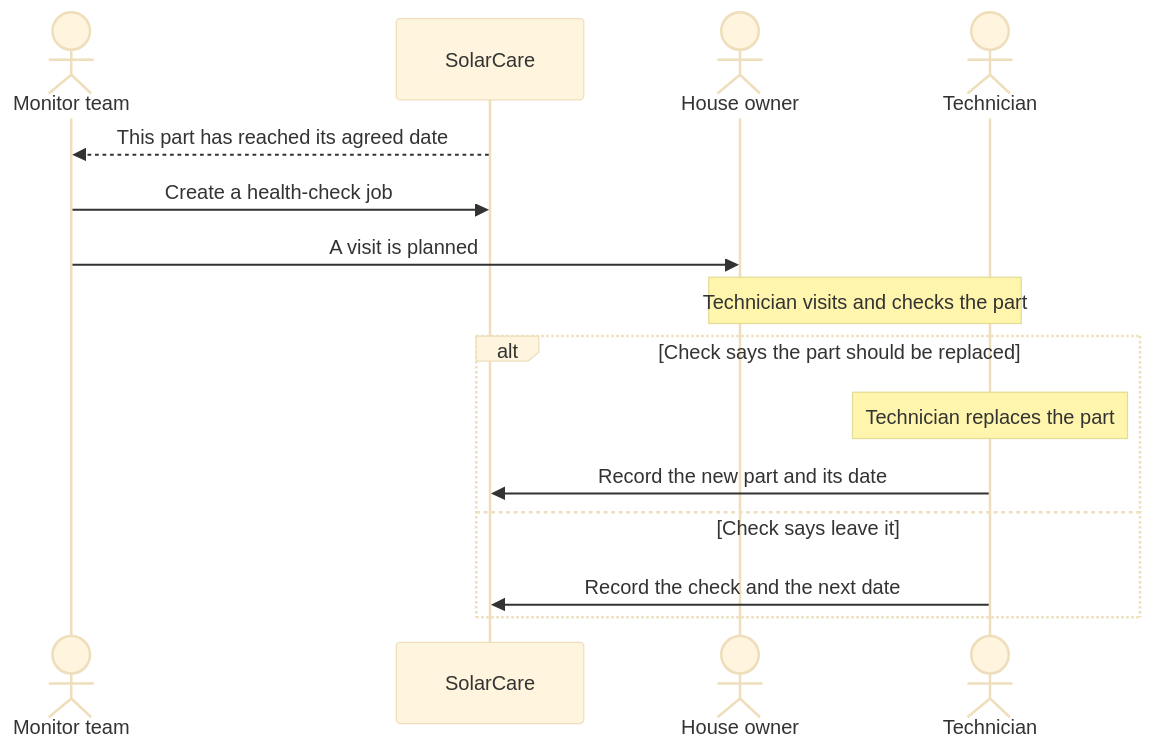
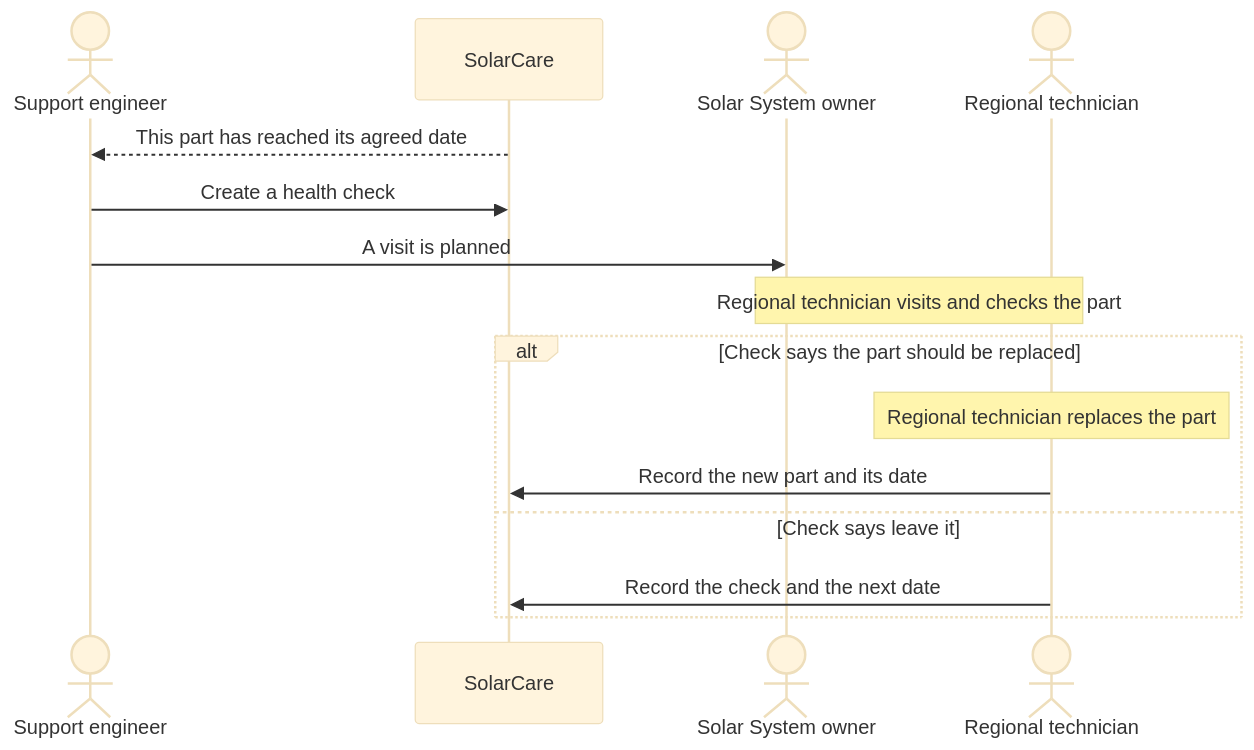
One commit to SolarCare-school-project/SolarCare changed the diagram in diagrams/sequence/health-check-sequence.md. Above: the diagram before and after it, drawn with Mermaid (base theme). The commit also changed other lines of this file, not shown here.

Commit message:
Revise health check sequence documentation with consistent wording
Updated references to the responsible parties and clarified the health check process.

````diff
--- a/diagrams/sequence/health-check-sequence.md
+++ b/diagrams/sequence/health-check-sequence.md
@@ -28,18 +28,18 @@
 ```mermaid
 sequenceDiagram
-  actor Monitor as Monitor team
+  actor Support as Support engineer
   participant Site as SolarCare
-  actor Home as House owner
-  actor Tech as Technician
+  actor Owner as Solar System owner
+  actor Tech as Regional technician
 
-  Site-->>Monitor: This part has reached its agreed date
-  Monitor->>Site: Create a health-check job
-  Monitor->>Home: A visit is planned
-  Note over Tech,Home: Technician visits and checks the part
+  Site-->>Support: This part has reached its agreed date
+  Support->>Site: Create a health check
+  Support->>Owner: A visit is planned
+  Note over Tech,Owner: Regional technician visits and checks the part
   alt Check says the part should be replaced
-    Note over Tech: Technician replaces the part
+    Note over Tech: Regional technician replaces the part
     Tech->>Site: Record the new part and its date
   else Check says leave it
     Tech->>Site: Record the check and the next date
   end
 ```
````
